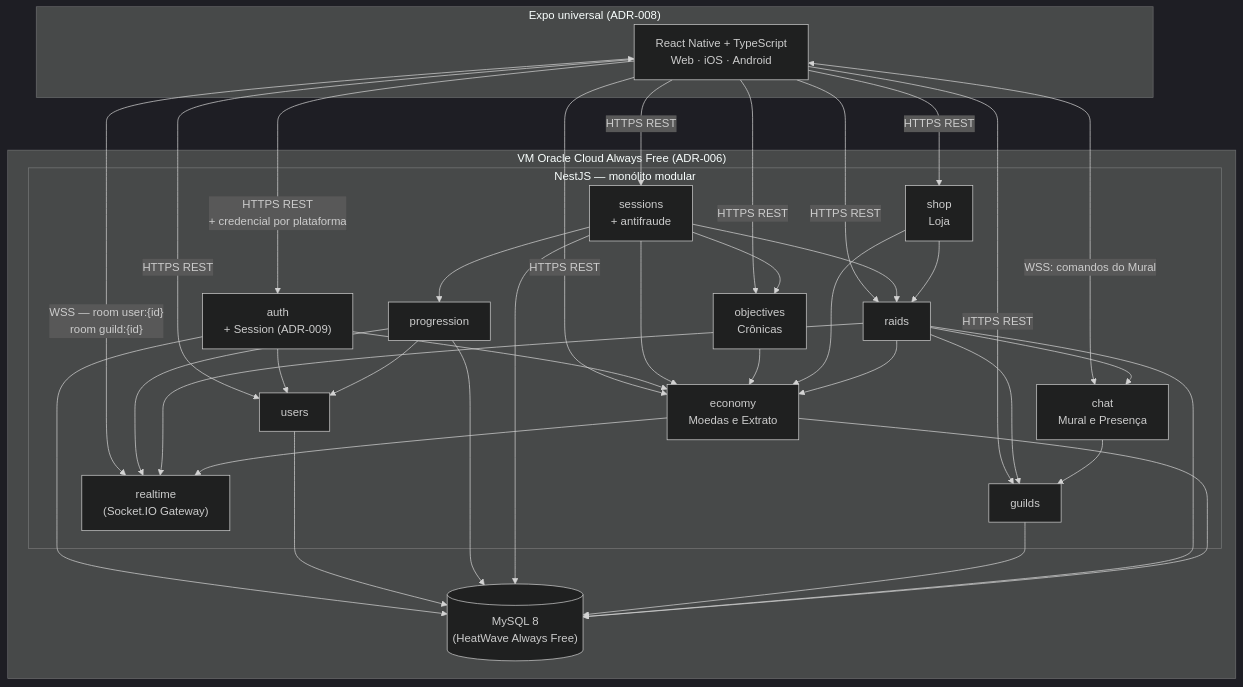
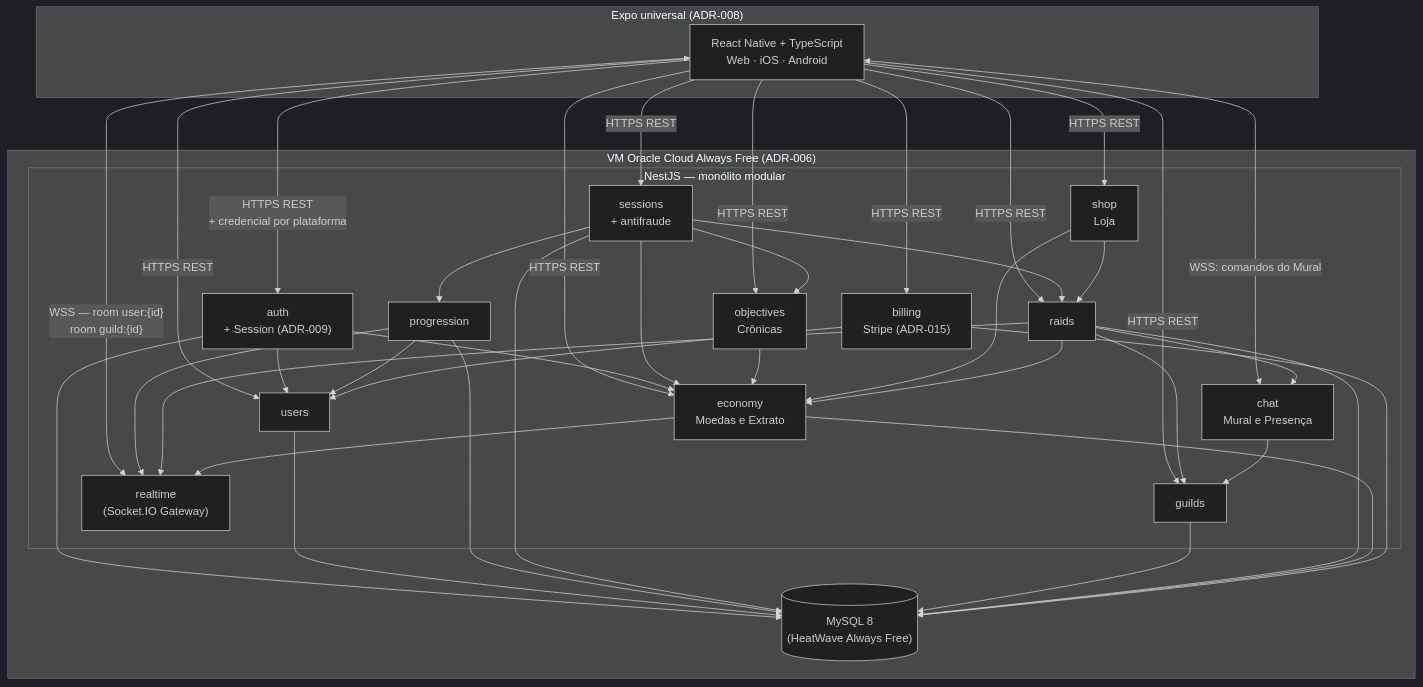
Before and after one commit to MatheusSales2773/wise-warrior: the diagram in docs/PRD.md, drawn with Mermaid (dark theme). The commit also changed other lines of this file and 33 other files, not shown here.

````diff
--- a/docs/PRD.md
+++ b/docs/PRD.md
@@ -414,60 +414,64 @@
 ```mermaid
 graph TD
     subgraph Client["Expo universal (ADR-008)"]
         SPA["React Native + TypeScript<br/>Web · iOS · Android"]
     end
 
     subgraph VM["VM Oracle Cloud Always Free (ADR-006)"]
         subgraph Nest["NestJS — monólito modular"]
             Auth["auth<br/>+ Session (ADR-009)"]
             Users["users"]
             Prog["progression"]
             Sess["sessions<br/>+ antifraude"]
             Guilds["guilds"]
             Raids["raids"]
             Chat["chat<br/>Mural e Presença"]
             Economy["economy<br/>Moedas e Extrato"]
             Shop["shop<br/>Loja"]
             Objectives["objectives<br/>Crônicas"]
+            Billing["billing<br/>Stripe (ADR-015)"]
             RT["realtime<br/>(Socket.IO Gateway)"]
         end
         MySQL[("MySQL 8<br/>(HeatWave Always Free)")]
     end
 
     SPA -->|"HTTPS REST<br/>+ credencial por plataforma"| Auth
     SPA -->|"HTTPS REST"| Users
     SPA -->|"HTTPS REST"| Sess
     SPA -->|"HTTPS REST"| Guilds
     SPA -->|"HTTPS REST"| Raids
     SPA -->|"HTTPS REST"| Economy
     SPA -->|"HTTPS REST"| Shop
     SPA -->|"HTTPS REST"| Objectives
+    SPA -->|"HTTPS REST"| Billing
     SPA <-->|"WSS — room user:{id}<br/>room guild:{id}"| RT
     SPA <-->|"WSS: comandos do Mural"| Chat
 
     Auth --> Users
     Auth --> Economy
     Sess --> Prog
     Sess --> Economy
     Sess --> Raids
     Sess --> Objectives
     Objectives --> Economy
     Prog --> Users
     Shop --> Economy
     Shop --> Raids
+    Billing --> Users
     Raids --> Guilds
     Raids --> Economy
     Raids --> Chat
     Chat --> Guilds
     Prog --> RT
     Raids --> RT
     Economy --> RT
 
     Auth --> MySQL
     Users --> MySQL
     Prog --> MySQL
     Sess --> MySQL
     Guilds --> MySQL
     Raids --> MySQL
     Economy --> MySQL
+    Billing --> MySQL
 ```
````
